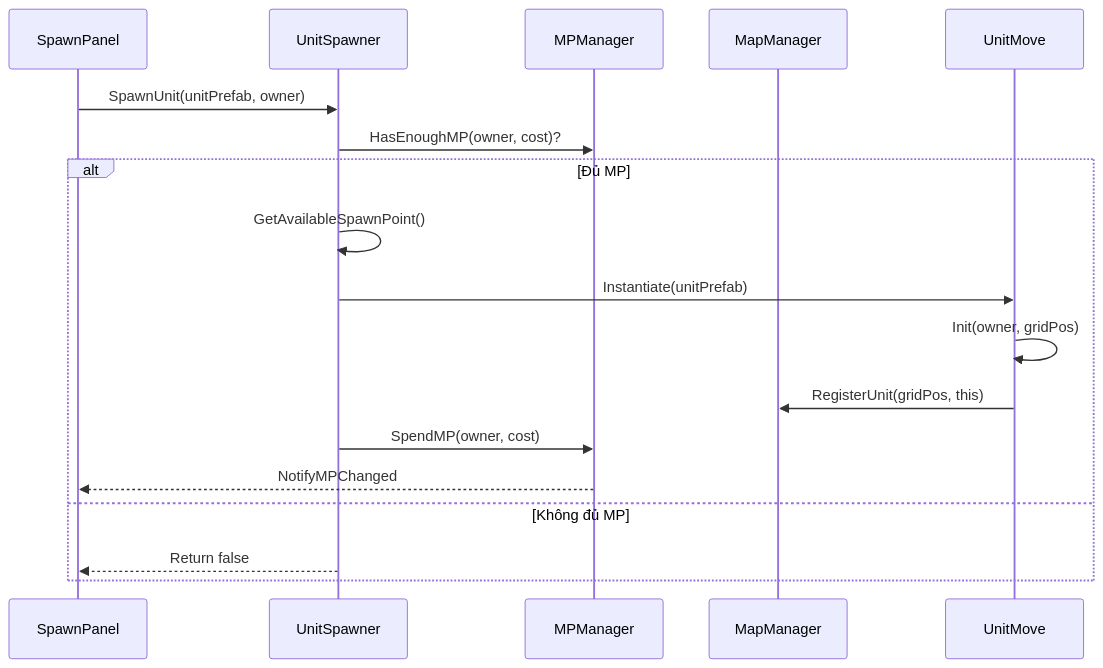
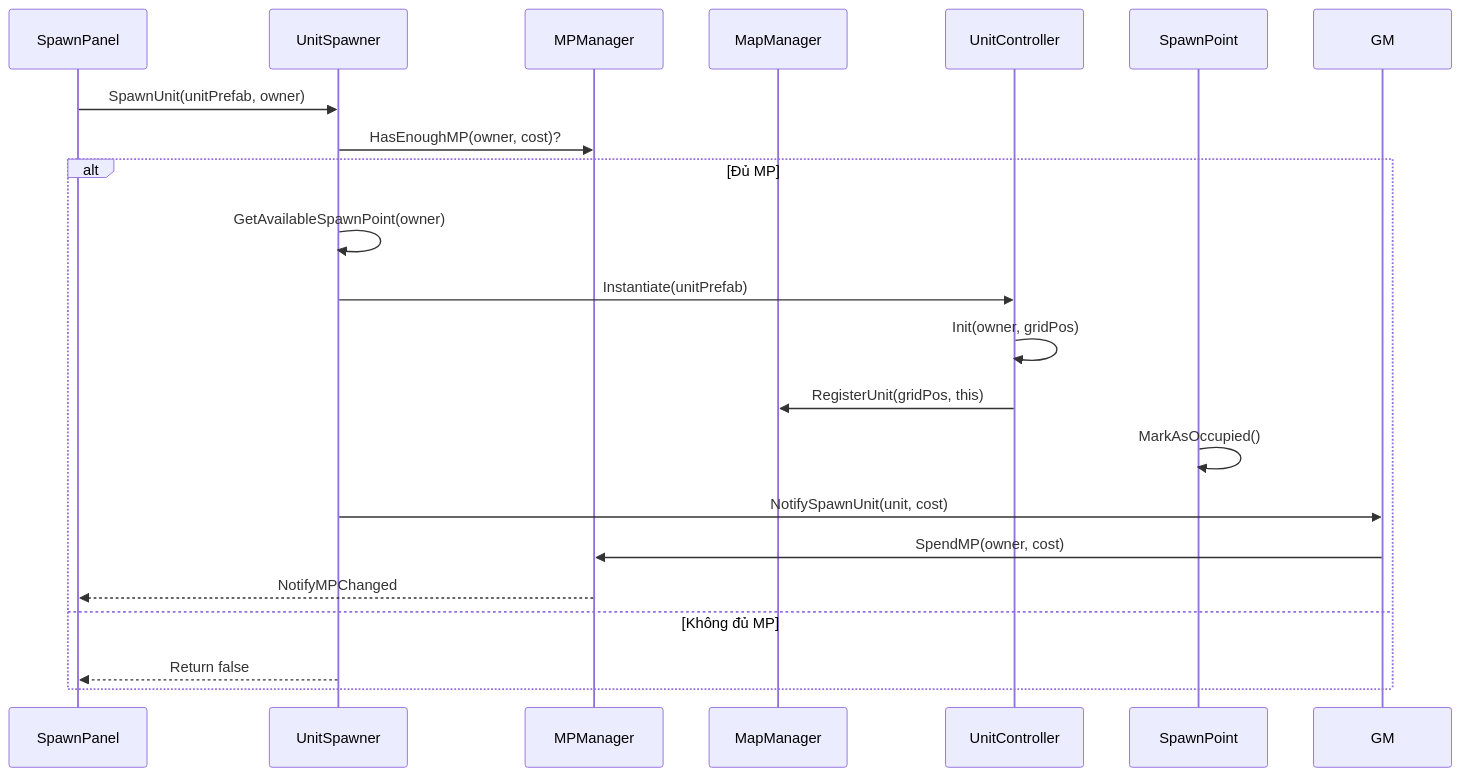
The third of 8 diagrams in Assets/Docs/Systems docs/Core_Gameloop_System.md (manhtruong594/turnbased_2025), drawn with Mermaid before and after one commit. The commit also changed other lines of this file and 74 other files, not shown here.

````diff
--- a/Assets/Docs/Systems docs/Core_Gameloop_System.md
+++ b/Assets/Docs/Systems docs/Core_Gameloop_System.md
@@ -173,21 +202,24 @@
 ```mermaid
 sequenceDiagram
     participant UI as SpawnPanel
     participant US as UnitSpawner
     participant MPM as MPManager
     participant MM as MapManager
-    participant Unit as UnitMove
+    participant Unit as UnitController
+    participant SP as SpawnPoint
     
     UI->>US: SpawnUnit(unitPrefab, owner)
     US->>MPM: HasEnoughMP(owner, cost)?
     alt Đủ MP
-        US->>US: GetAvailableSpawnPoint()
+        US->>US: GetAvailableSpawnPoint(owner)
         US->>Unit: Instantiate(unitPrefab)
         Unit->>Unit: Init(owner, gridPos)
         Unit->>MM: RegisterUnit(gridPos, this)
-        US->>MPM: SpendMP(owner, cost)
+        SP->>SP: MarkAsOccupied()
+        US->>GM: NotifySpawnUnit(unit, cost)
+        GM->>MPM: SpendMP(owner, cost)
         MPM-->>UI: NotifyMPChanged
     else Không đủ MP
         US-->>UI: Return false
     end
 ```
````
